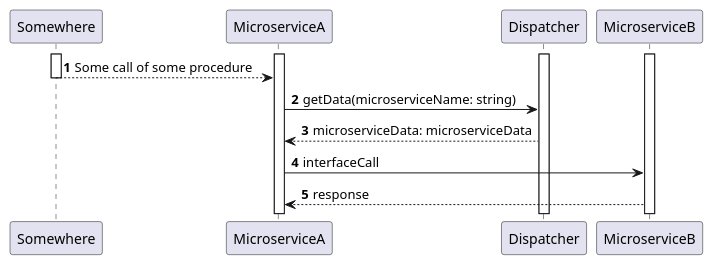
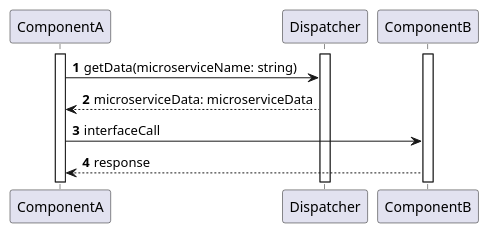
Before and after one commit to Angelo7672/SE2_Requirement-and-Design-Document: the diagram in _DD/Images/sequenceDiagrams/dispatcherSequenceDiagram.wsd, drawn with PlantUML. The commit also changed 2 other files, not shown here.

```diff
--- a/_DD/Images/sequenceDiagrams/dispatcherSequenceDiagram.wsd
+++ b/_DD/Images/sequenceDiagrams/dispatcherSequenceDiagram.wsd
@@ -1,21 +1,17 @@
 @startuml
 
 autonumber
-participant Somewhere as C
-participant MicroserviceA as A
+participant ComponentA as A
 participant Dispatcher as D
-participant MicroserviceB as B
+participant ComponentB as B
 
 activate A
 activate B
-activate C
 activate D
 
-C --> A: Some call of some procedure
-deactivate C
 A -> D: getData(microserviceName: string)
 D --> A: microserviceData: microserviceData
 A -> B: interfaceCall
 B --> A: response
 
 @enduml
```
